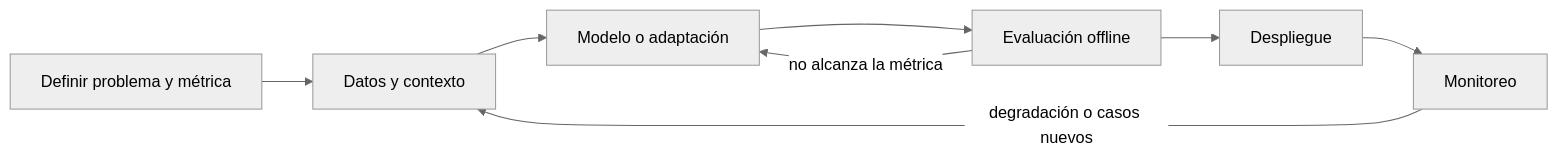
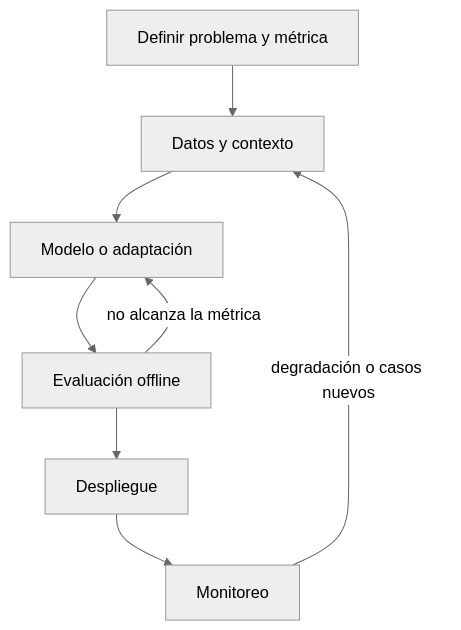
One commit to Esteban-Codificador/xoxo changed the diagram in content/ai-engineer/tracks/00-orientacion/01-el-rol/03-ciclo-de-vida-de-un-sistema-de-ia.md. Above: the diagram before and after it, drawn with Mermaid (neutral theme). The commit also changed 37 other files, not shown here.

````diff
--- a/content/ai-engineer/tracks/00-orientacion/01-el-rol/03-ciclo-de-vida-de-un-sistema-de-ia.md
+++ b/content/ai-engineer/tracks/00-orientacion/01-el-rol/03-ciclo-de-vida-de-un-sistema-de-ia.md
@@ -36,10 +36,10 @@
 ```mermaid
-flowchart LR
+flowchart TD
     A[Definir problema y métrica] --> B[Datos y contexto]
     B --> C[Modelo o adaptación]
     C --> D[Evaluación offline]
     D -->|no alcanza la métrica| C
     D --> E[Despliegue]
     E --> F[Monitoreo]
     F -->|degradación o casos nuevos| B
 ```
````
